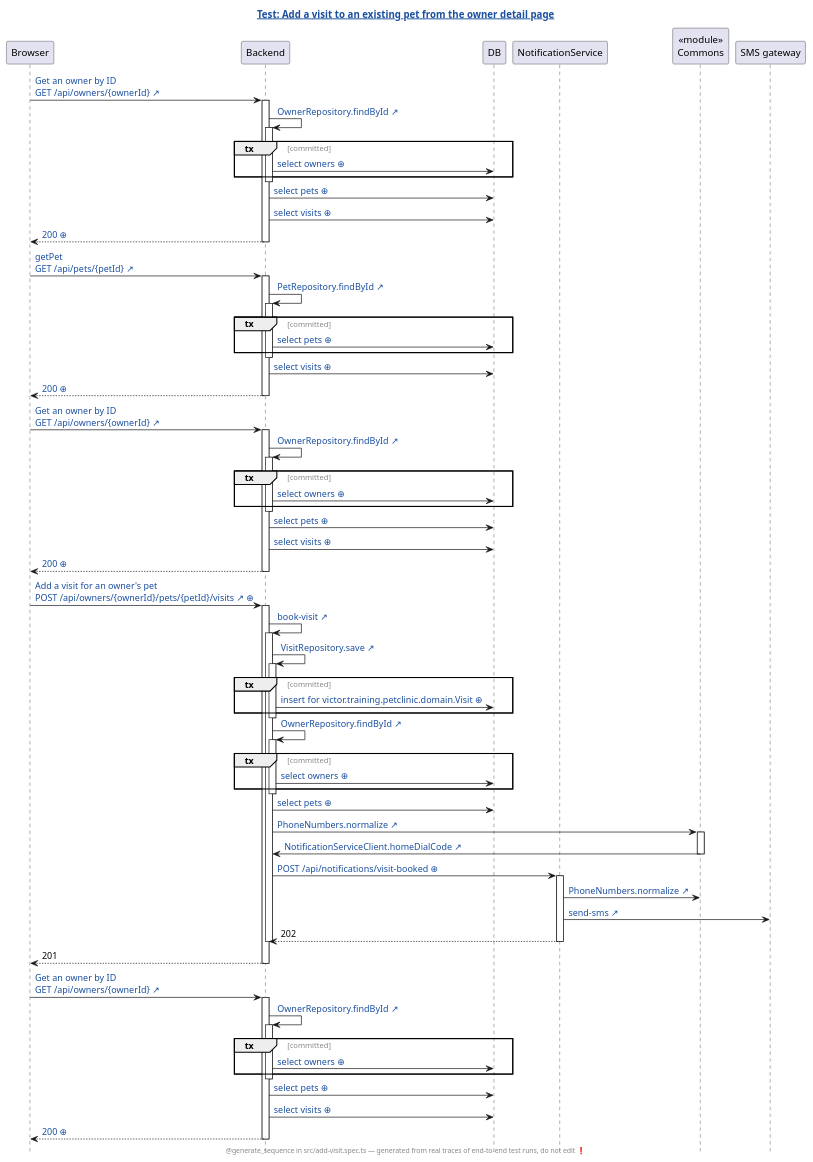
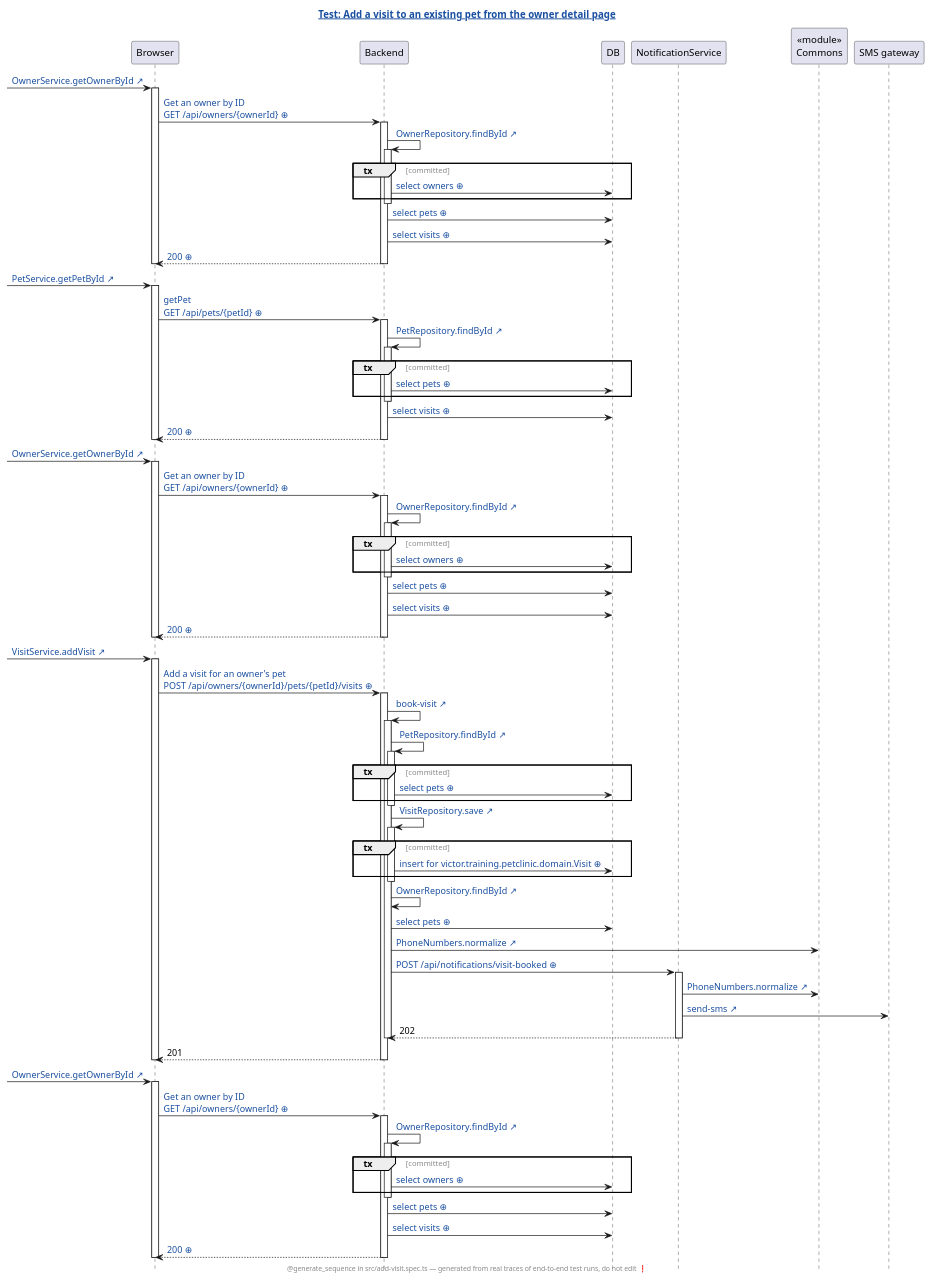
The diagram in petclinic-test/generated/add-visit.spec.ts.add-a-visit-to-an-existing-pet-from-the-owner-detail-page.genseq.puml (victorrentea/petclinic), drawn with PlantUML before and after one commit. The commit also changed 48 other files, not shown here.

```diff
--- a/petclinic-test/generated/add-visit.spec.ts.add-a-visit-to-an-existing-pet-from-the-owner-detail-page.genseq.puml
+++ b/petclinic-test/generated/add-visit.spec.ts.add-a-visit-to-an-existing-pet-from-the-owner-detail-page.genseq.puml
@@ -1,93 +1,106 @@
 @startuml
 ' ⚠️  GENERATED FILE — DO NOT EDIT. Every edit is lost on the next run.
 hide footbox
 skinparam hyperlinkUnderline false
 skinparam hyperlinkColor #1A4FA0
 skinparam sequenceGroupFontColor #888888
 skinparam sequenceGroupFontStyle plain
 title [[src://petclinic-test/src/add-visit.spec.ts:34{Click to open the test} Test: Add a visit to an existing pet from the owner detail page]]
 footer @generate_sequence in src/add-visit.spec.ts — generated from real traces of end-to-end test runs, do not edit ❗
 participant Browser
 participant Backend
 participant DB
 participant NotificationService
 participant "«module»\nCommons" as Commons
 participant "SMS gateway"
-Browser -> Backend: [[src://petclinic-frontend/src/app/owners/owner-detail/owner-detail.component.ts:22{Click to open the line that sent this request: owner-detail.component.ts:22} Get an owner by ID\nGET /api/owners/{ownerId} ↗]]
+[-> Browser: [[src://petclinic-frontend/src/app/owners/owner-detail/owner-detail.component.ts:22{Click to open the line that sent this request: owner-detail.component.ts:22} OwnerService.getOwnerById ↗]]
+activate Browser
+Browser -> Backend: [[genseq://1hi0gmy{Click for the request as it was sent} Get an owner by ID\nGET /api/owners/{ownerId} ⊕]]
 activate Backend
-Backend -> Backend: [[src://petclinic-backend/src/main/java/victor/training/petclinic/repository/OwnerRepository.java:14{Click to open OwnerRepository.findById} OwnerRepository.findById ↗]]
+Backend -> Backend: [[src://petclinic-backend/src/main/java/victor/training/petclinic/repository/OwnerRepository.java:15{Click to open OwnerRepository.findById} OwnerRepository.findById ↗]]
 activate Backend
 group tx [committed]
-Backend -> DB: [[genseq://0x8aana{Click for the statement behind this call} select owners ⊕]]
+Backend -> DB: [[genseq://083xusu{Click for the statement behind this call} select owners ⊕]]
 end
 deactivate Backend
-Backend -> DB: [[genseq://18567ho{Click for the statement behind this call} select pets ⊕]]
-Backend -> DB: [[genseq://13apewa{Click for the statement behind this call} select visits ⊕]]
-Backend --> Browser: [[genseq://0zavcxa{Click for this call’s JSON body} 200 ⊕]]
+Backend -> DB: [[genseq://0j0trn8{Click for the statement behind this call} select pets ⊕]]
+Backend -> DB: [[genseq://16xt6fr{Click for the statement behind this call} select visits ⊕]]
+Backend --> Browser: [[genseq://0x0vjb5{Click for this call’s JSON body} 200 ⊕]]
 deactivate Backend
-Browser -> Backend: [[src://petclinic-frontend/src/app/visits/visit-add/visit-add.component.ts:42{Click to open the line that sent this request: visit-add.component.ts:42} getPet\nGET /api/pets/{petId} ↗]]
+deactivate Browser
+[-> Browser: [[src://petclinic-frontend/src/app/visits/visit-add/visit-add.component.ts:45{Click to open the line that sent this request: visit-add.component.ts:45} PetService.getPetById ↗]]
+activate Browser
+Browser -> Backend: [[genseq://1nj3j7q{Click for the request as it was sent} getPet\nGET /api/pets/{petId} ⊕]]
 activate Backend
 Backend -> Backend: [[src://petclinic-backend/src/main/java/victor/training/petclinic/repository/PetRepository.java:16{Click to open PetRepository.findById} PetRepository.findById ↗]]
 activate Backend
 group tx [committed]
-Backend -> DB: [[genseq://0y7w2ps{Click for the statement behind this call} select pets ⊕]]
+Backend -> DB: [[genseq://1cofzyh{Click for the statement behind this call} select pets ⊕]]
 end
 deactivate Backend
-Backend -> DB: [[genseq://13apewa{Click for the statement behind this call} select visits ⊕]]
-Backend --> Browser: [[genseq://01mmlgx{Click for this call’s JSON body} 200 ⊕]]
+Backend -> DB: [[genseq://16xt6fr{Click for the statement behind this call} select visits ⊕]]
+Backend --> Browser: [[genseq://1uazcwg{Click for this call’s JSON body} 200 ⊕]]
 deactivate Backend
-Browser -> Backend: [[src://petclinic-frontend/src/app/visits/visit-add/visit-add.component.ts:47{Click to open the line that sent this request: visit-add.component.ts:47} Get an owner by ID\nGET /api/owners/{ownerId} ↗]]
+deactivate Browser
+[-> Browser: [[src://petclinic-frontend/src/app/visits/visit-add/visit-add.component.ts:51{Click to open the line that sent this request: visit-add.component.ts:51} OwnerService.getOwnerById ↗]]
+activate Browser
+Browser -> Backend: [[genseq://1hi0gmy{Click for the request as it was sent} Get an owner by ID\nGET /api/owners/{ownerId} ⊕]]
 activate Backend
-Backend -> Backend: [[src://petclinic-backend/src/main/java/victor/training/petclinic/repository/OwnerRepository.java:14{Click to open OwnerRepository.findById} OwnerRepository.findById ↗]]
+Backend -> Backend: [[src://petclinic-backend/src/main/java/victor/training/petclinic/repository/OwnerRepository.java:15{Click to open OwnerRepository.findById} OwnerRepository.findById ↗]]
 activate Backend
 group tx [committed]
-Backend -> DB: [[genseq://0x8aana{Click for the statement behind this call} select owners ⊕]]
+Backend -> DB: [[genseq://083xusu{Click for the statement behind this call} select owners ⊕]]
 end
 deactivate Backend
-Backend -> DB: [[genseq://18567ho{Click for the statement behind this call} select pets ⊕]]
-Backend -> DB: [[genseq://13apewa{Click for the statement behind this call} select visits ⊕]]
-Backend --> Browser: [[genseq://0zavcxa{Click for this call’s JSON body} 200 ⊕]]
+Backend -> DB: [[genseq://0j0trn8{Click for the statement behind this call} select pets ⊕]]
+Backend -> DB: [[genseq://16xt6fr{Click for the statement behind this call} select visits ⊕]]
+Backend --> Browser: [[genseq://0x0vjb5{Click for this call’s JSON body} 200 ⊕]]
 deactivate Backend
-Browser -> Backend: [[src://petclinic-frontend/src/app/visits/visit-add/visit-add.component.ts:63{Click to open the line that sent this request: visit-add.component.ts:63 ← visit-add.component.html:25} Add a visit for an owner's pet\nPOST /api/owners/{ownerId}/pets/{petId}/visits ↗]] [[genseq://1i3bawm{Click for this call’s JSON body} ⊕]]
+deactivate Browser
+[-> Browser: [[src://petclinic-frontend/src/app/visits/visit-add/visit-add.component.ts:67{Click to open the line that sent this request: visit-add.component.ts:67 ← visit-add.component.html:25} VisitService.addVisit ↗]]
+activate Browser
+Browser -> Backend: [[genseq://0ymlfj1{Click for the request as it was sent} Add a visit for an owner's pet\nPOST /api/owners/{ownerId}/pets/{petId}/visits ⊕]]
 activate Backend
-Backend -> Backend: [[src://petclinic-backend/src/main/java/victor/training/petclinic/rest/OwnerRestController.java:183{Click to open OwnerRestController.bookVisit} book-visit ↗]]
+Backend -> Backend: [[src://petclinic-backend/src/main/java/victor/training/petclinic/rest/OwnerRestController.java:208{Click to open OwnerRestController.bookVisit} book-visit ↗]]
 activate Backend
+Backend -> Backend: [[src://petclinic-backend/src/main/java/victor/training/petclinic/repository/PetRepository.java:16{Click to open PetRepository.findById} PetRepository.findById ↗]]
+activate Backend
+group tx [committed]
+Backend -> DB: [[genseq://1cofzyh{Click for the statement behind this call} select pets ⊕]]
+end
+deactivate Backend
 Backend -> Backend: [[src://petclinic-backend/src/main/java/victor/training/petclinic/repository/VisitRepository.java:14{Click to open VisitRepository.save} VisitRepository.save ↗]]
 activate Backend
 group tx [committed]
-Backend -> DB: [[genseq://1fmafx1{Click for the statement behind this call} insert for victor.training.petclinic.domain.Visit ⊕]]
+Backend -> DB: [[genseq://00sfkkr{Click for the statement behind this call} insert for victor.training.petclinic.domain.Visit ⊕]]
 end
 deactivate Backend
-Backend -> Backend: [[src://petclinic-backend/src/main/java/victor/training/petclinic/repository/OwnerRepository.java:14{Click to open OwnerRepository.findById} OwnerRepository.findById ↗]]
-activate Backend
-group tx [committed]
-Backend -> DB: [[genseq://0x8aana{Click for the statement behind this call} select owners ⊕]]
-end
-deactivate Backend
-Backend -> DB: [[genseq://18567ho{Click for the statement behind this call} select pets ⊕]]
+Backend -> Backend: [[src://petclinic-backend/src/main/java/victor/training/petclinic/repository/OwnerRepository.java:15{Click to open OwnerRepository.findById} OwnerRepository.findById ↗]]
+Backend -> DB: [[genseq://0j0trn8{Click for the statement behind this call} select pets ⊕]]
 Backend -> Commons: [[src://petclinic-commons/src/main/java/victor/training/commons/PhoneNumbers.java:14{Click to open PhoneNumbers.normalize} PhoneNumbers.normalize ↗]]
-activate Commons
-Commons -> Backend: [[src://petclinic-backend/src/main/java/victor/training/petclinic/notification/NotificationServiceClient.java:45{Click to open NotificationServiceClient.homeDialCode} NotificationServiceClient.homeDialCode ↗]]
-deactivate Commons
-Backend -> NotificationService: [[genseq://1p4ogm5{Click for this call’s JSON body} POST /api/notifications/visit-booked ⊕]]
+Backend -> NotificationService: [[genseq://0no6rjc{Click for the request as it was sent} POST /api/notifications/visit-booked ⊕]]
 activate NotificationService
 NotificationService -> Commons: [[src://petclinic-commons/src/main/java/victor/training/commons/PhoneNumbers.java:8{Click to open PhoneNumbers.normalize} PhoneNumbers.normalize ↗]]
 NotificationService -> "SMS gateway": [[src://notification-service/src/main/java/victor/training/notification/SmsGateway.java:23{Click to open SmsGateway.send} send-sms ↗]]
 NotificationService --> Backend: 202
 deactivate NotificationService
 deactivate Backend
 Backend --> Browser: 201
 deactivate Backend
-Browser -> Backend: [[src://petclinic-frontend/src/app/owners/owner-detail/owner-detail.component.ts:22{Click to open the line that sent this request: owner-detail.component.ts:22} Get an owner by ID\nGET /api/owners/{ownerId} ↗]]
+deactivate Browser
+[-> Browser: [[src://petclinic-frontend/src/app/owners/owner-detail/owner-detail.component.ts:22{Click to open the line that sent this request: owner-detail.component.ts:22} OwnerService.getOwnerById ↗]]
+activate Browser
+Browser -> Backend: [[genseq://1hi0gmy{Click for the request as it was sent} Get an owner by ID\nGET /api/owners/{ownerId} ⊕]]
 activate Backend
-Backend -> Backend: [[src://petclinic-backend/src/main/java/victor/training/petclinic/repository/OwnerRepository.java:14{Click to open OwnerRepository.findById} OwnerRepository.findById ↗]]
+Backend -> Backend: [[src://petclinic-backend/src/main/java/victor/training/petclinic/repository/OwnerRepository.java:15{Click to open OwnerRepository.findById} OwnerRepository.findById ↗]]
 activate Backend
 group tx [committed]
-Backend -> DB: [[genseq://0x8aana{Click for the statement behind this call} select owners ⊕]]
+Backend -> DB: [[genseq://083xusu{Click for the statement behind this call} select owners ⊕]]
 end
 deactivate Backend
-Backend -> DB: [[genseq://18567ho{Click for the statement behind this call} select pets ⊕]]
-Backend -> DB: [[genseq://13apewa{Click for the statement behind this call} select visits ⊕]]
-Backend --> Browser: [[genseq://1pj6yaa{Click for this call’s JSON body} 200 ⊕]]
+Backend -> DB: [[genseq://0j0trn8{Click for the statement behind this call} select pets ⊕]]
+Backend -> DB: [[genseq://16xt6fr{Click for the statement behind this call} select visits ⊕]]
+Backend --> Browser: [[genseq://18zbq1t{Click for this call’s JSON body} 200 ⊕]]
 deactivate Backend
+deactivate Browser
 @enduml
```
